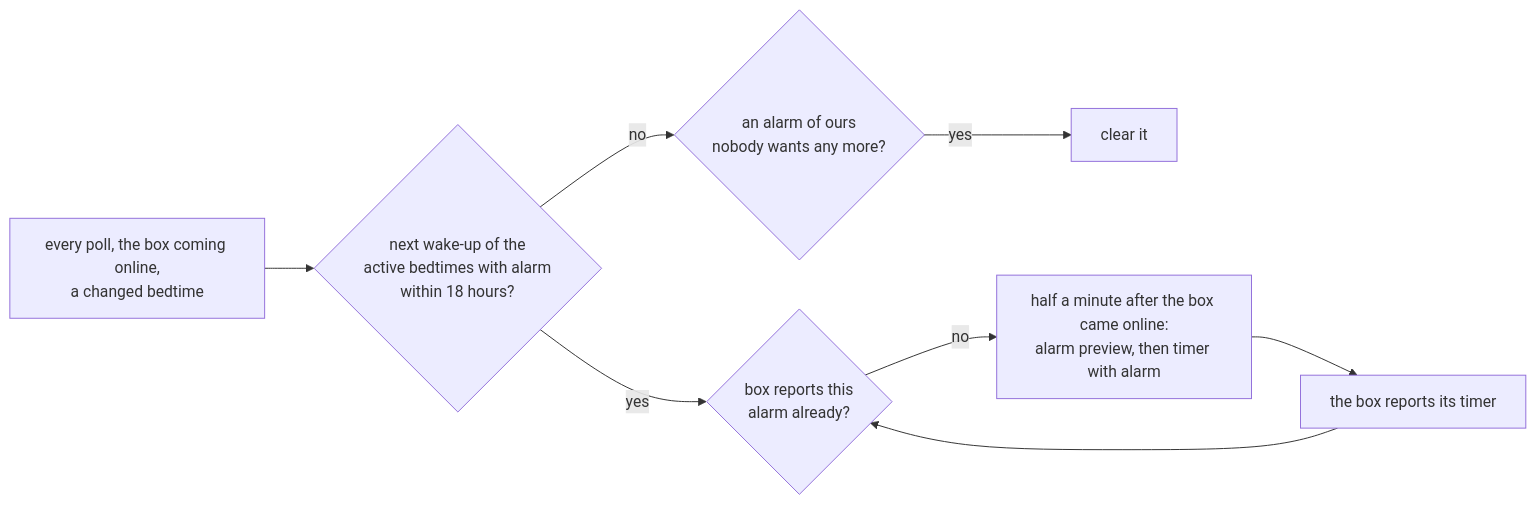
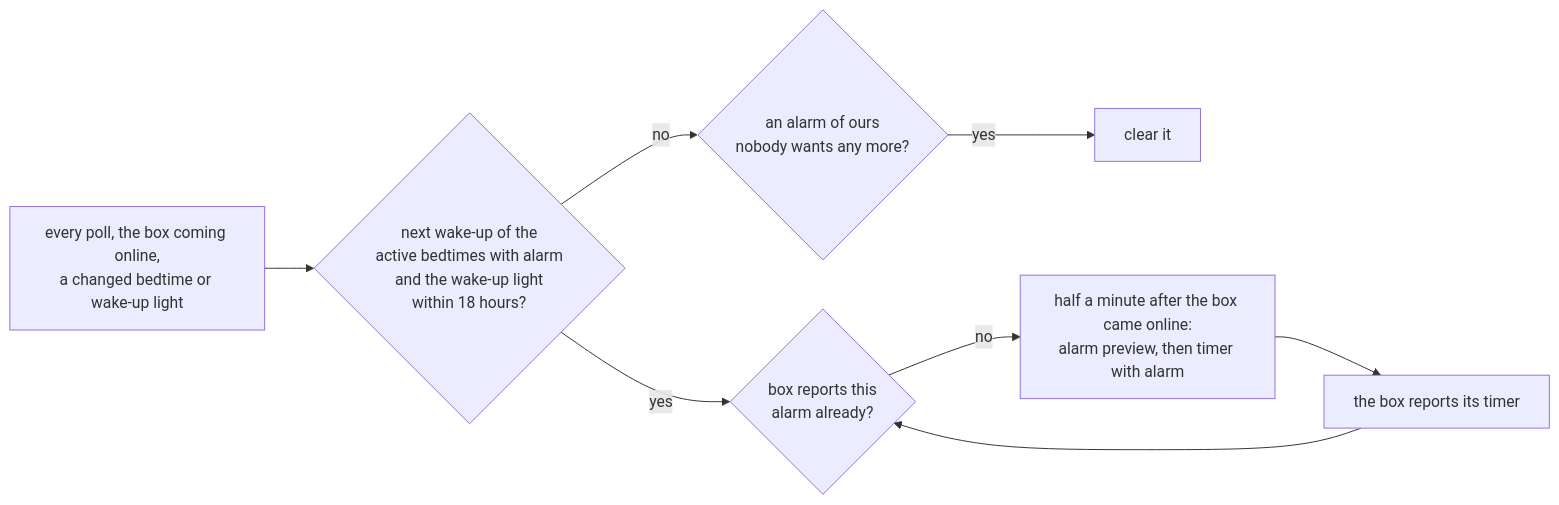
Before and after one commit to n-schilling/ha-storybox-plus: the fourth of 4 diagrams in docs/features.md, drawn with Mermaid. The commit also changed other lines of this file and 38 other files, not shown here.

First line of the commit message:
Wake-up light: one alarm at a time of its own, with the app's tones

````diff
--- a/docs/features.md
+++ b/docs/features.md
@@ -187,10 +187,10 @@
 ```mermaid
 flowchart LR
-    poll["every poll, the box coming online,<br/>a changed bedtime"] --> next{"next wake-up of the<br/>active bedtimes with alarm<br/>within 18 hours?"}
+    poll["every poll, the box coming online,<br/>a changed bedtime or wake-up light"] --> next{"next wake-up of the<br/>active bedtimes with alarm<br/>and the wake-up light<br/>within 18 hours?"}
     next -->|no| stale{"an alarm of ours<br/>nobody wants any more?"}
     stale -->|yes| clear["clear it"]
     next -->|yes| armed{"box reports this<br/>alarm already?"}
     armed -->|no| send["half a minute after the box came online:<br/>alarm preview, then timer with alarm"]
     send --> confirm["the box reports its timer"]
     confirm --> armed
 ```
````
